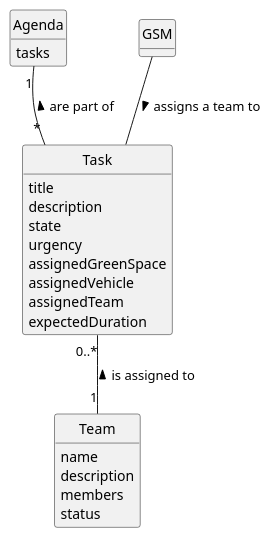
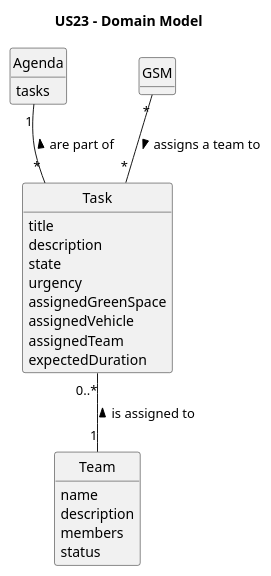
One commit to Rui-San/LAPR2_2023_2024 changed the diagram in docs/sprintC/us023/02.analysis/puml/us023-domain-model.puml. Above: the diagram before and after it, drawn with PlantUML. The commit also changed 46 other files, not shown here.

```diff
--- a/docs/sprintC/us023/02.analysis/puml/us023-domain-model.puml
+++ b/docs/sprintC/us023/02.analysis/puml/us023-domain-model.puml
@@ -1,46 +1,46 @@
 @startuml
 skinparam monochrome true
 skinparam packageStyle rectangle
 skinparam shadowing false
 
 'left to right direction
 
 skinparam classAttributeIconSize 0
 
 hide circle
 hide methods
 
-'title Domain Model
+title US23 - Domain Model
 
 'class Platform {
 '  -description
 '}
 
 class Team{
     name
     description
     members
     status
 }
 
 class Agenda{
     tasks
 }
 
 class Task{
     title
     description
     state
     urgency
     assignedGreenSpace
     assignedVehicle
     assignedTeam
     expectedDuration
 }
 
 
 Task "*" -u- "1" Agenda : "are part of >"
 Team "1" -u- "0..*" Task : "is assigned to >"
-GSM -- Task : "assigns a team to >"
+GSM "*" -- "*" Task : "assigns a team to >"
 
 @enduml
```
